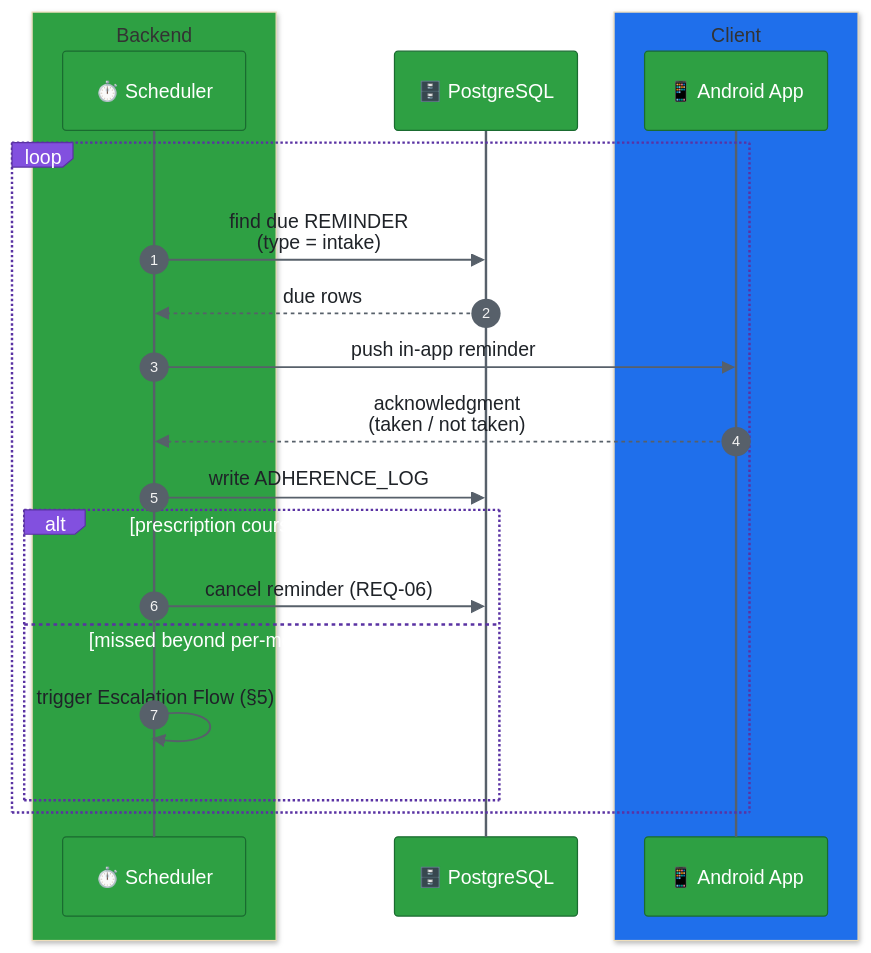
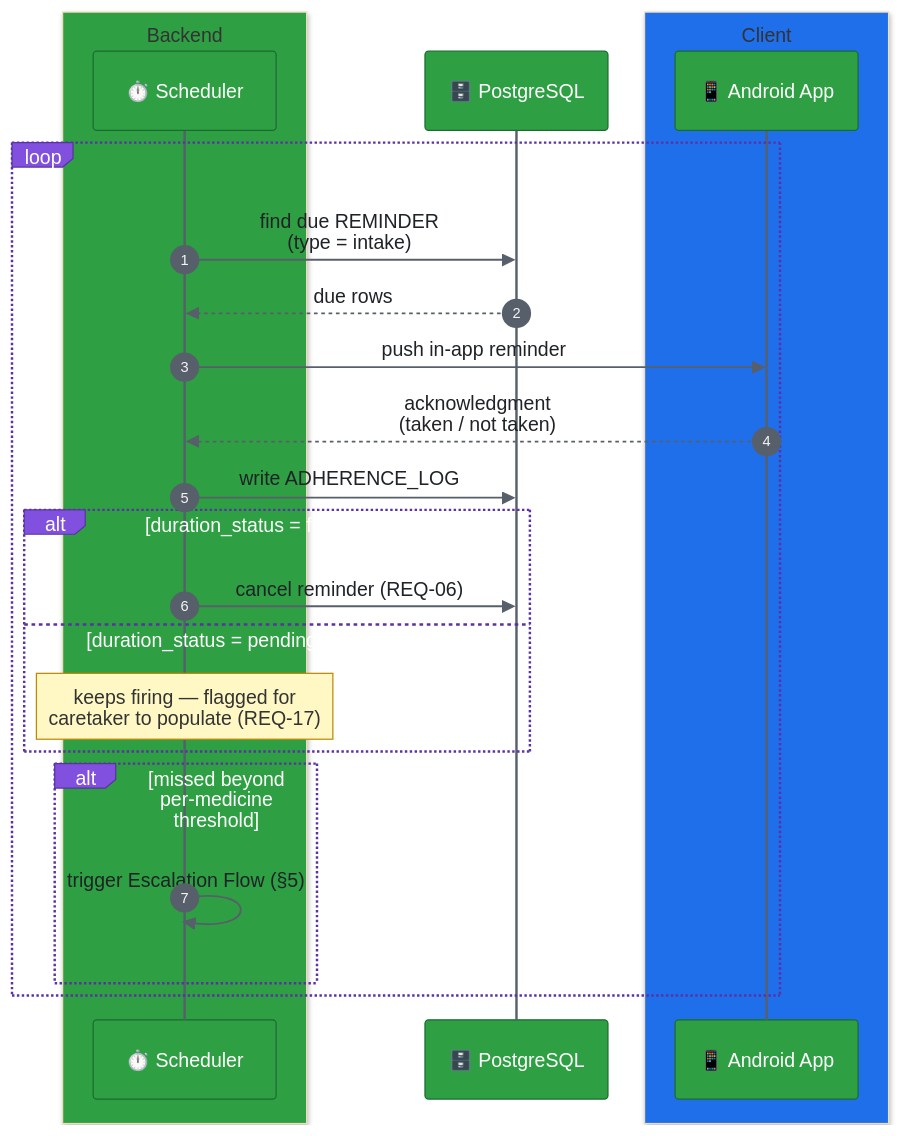
One commit to bhuvi-garg/Med-Verify changed the third of 6 diagrams in Arch/ARCH-05-flows.md. Above: the diagram before and after it, drawn with Mermaid. The commit also changed other lines of this file and 16 other files, not shown here.

````diff
--- a/Arch/ARCH-05-flows.md
+++ b/Arch/ARCH-05-flows.md
@@ -101,26 +118,30 @@
 ```mermaid
 %%{init: {"theme": "base", "themeVariables": {"actorBkg": "#2ea043", "actorBorder": "#1a6b30", "actorTextColor": "#ffffff", "actorLineColor": "#57606a", "signalColor": "#57606a", "signalTextColor": "#1f2328", "labelBoxBkgColor": "#8250df", "labelBoxBorderColor": "#5a32a3", "labelTextColor": "#ffffff", "noteBkgColor": "#fff8c5", "noteBorderColor": "#bf8700"}} }%%
 sequenceDiagram
     autonumber
     box rgb(46,160,67) Backend
         participant SCHED as ⏱️ Scheduler
     end
     participant DB as 🗄️ PostgreSQL
     box rgb(31,111,235) Client
         participant App as 📱 Android App
     end
 
     loop on cadence
         SCHED->>DB: find due REMINDER<br/>(type = intake)
         DB-->>SCHED: due rows
         SCHED->>App: push in-app reminder
         App-->>SCHED: acknowledgment<br/>(taken / not taken)
         SCHED->>DB: write ADHERENCE_LOG
 
-        alt prescription course duration elapsed
+        alt duration_status = fixed, and elapsed
             SCHED->>DB: cancel reminder (REQ-06)
-        else missed beyond per-medicine threshold
+        else duration_status = pending_caretaker_input
+            Note over SCHED: keeps firing — flagged for<br/>caretaker to populate (REQ-17)
+        end
+
+        alt missed beyond per-medicine threshold
             SCHED->>SCHED: trigger Escalation Flow (§5)
         end
     end
 ```
````
